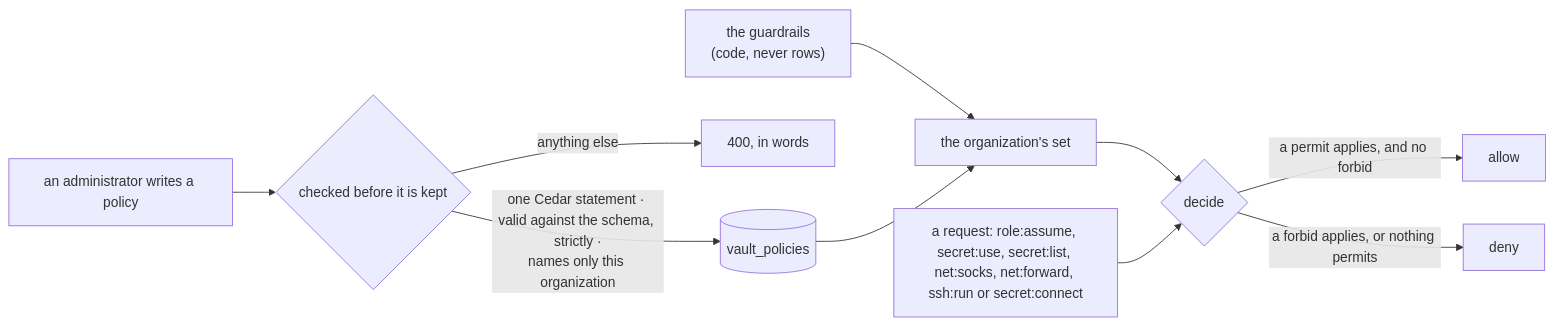
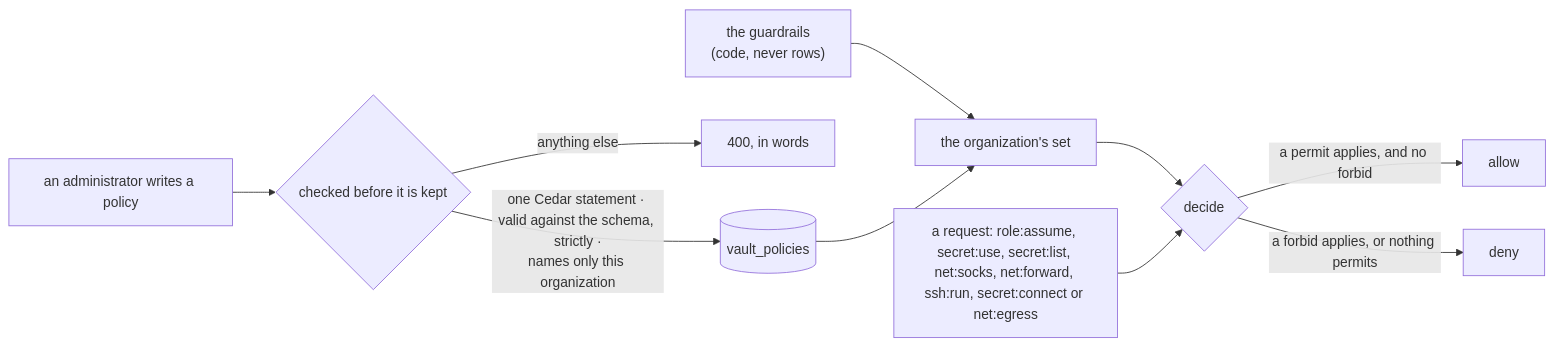
Before and after one commit to gjovanov/roomler-ai: the second of 32 diagrams in docs/vault.md, drawn with Mermaid. The commit also changed other lines of this file and 26 other files, not shown here.

````diff
--- a/docs/vault.md
+++ b/docs/vault.md
@@ -257,12 +257,12 @@
 ```mermaid
 flowchart LR
     W["an administrator writes a policy"] --> C{"checked before it is kept"}
     C -->|"one Cedar statement · valid against the schema, strictly ·<br/>names only this organization"| S[("vault_policies")]
     C -->|"anything else"| R["400, in words"]
     G["the guardrails<br/>(code, never rows)"] --> SET["the organization's set"]
     S --> SET
     SET --> D{"decide"}
-    Q["a request: role:assume, secret:use, secret:list, net:socks, net:forward, ssh:run or secret:connect"] --> D
+    Q["a request: role:assume, secret:use, secret:list, net:socks, net:forward, ssh:run, secret:connect or net:egress"] --> D
     D -->|"a permit applies, and no forbid"| A["allow"]
     D -->|"a forbid applies, or nothing permits"| N["deny"]
 ```
````
